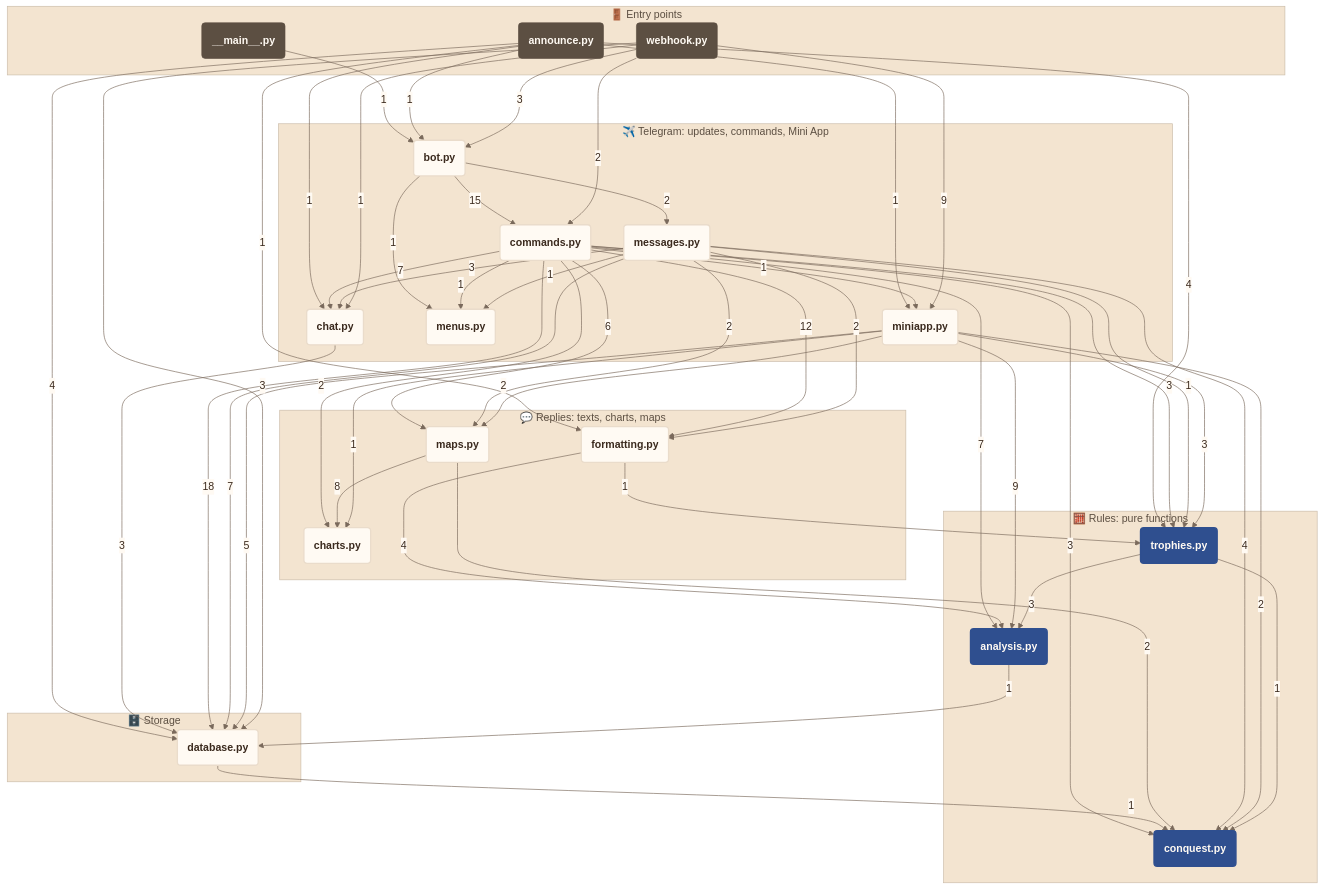
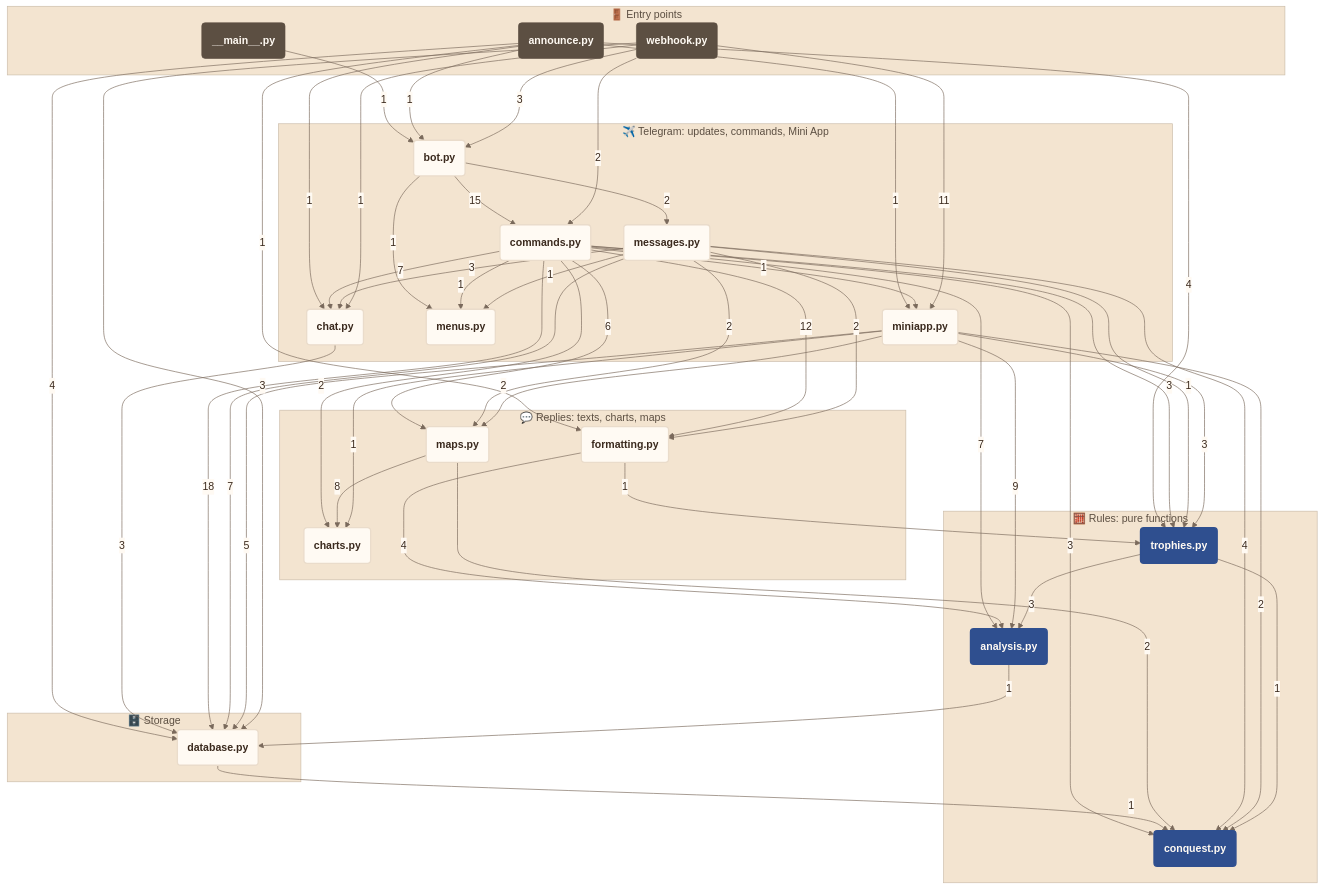
The third of 8 diagrams in docs/architecture.md (francescoperrino/Caccometro), drawn with Mermaid before and after one commit. The commit also changed other lines of this file and 9 other files, not shown here.

```diff
--- a/docs/architecture.md
+++ b/docs/architecture.md
@@ -304,7 +304,7 @@
     webhook -->|"1"| chat
     webhook -->|"2"| commands
     webhook -->|"3"| database
-    webhook -->|"9"| miniapp
+    webhook -->|"11"| miniapp
     classDef step fill:#fffaf3,stroke:#eadccb,stroke-width:2px,color:#3b2a1e
     classDef main fill:#2f4f8f,stroke:#2f4f8f,color:#fffaf3
     classDef person fill:#5c4f42,stroke:#5c4f42,color:#fffaf3
```
